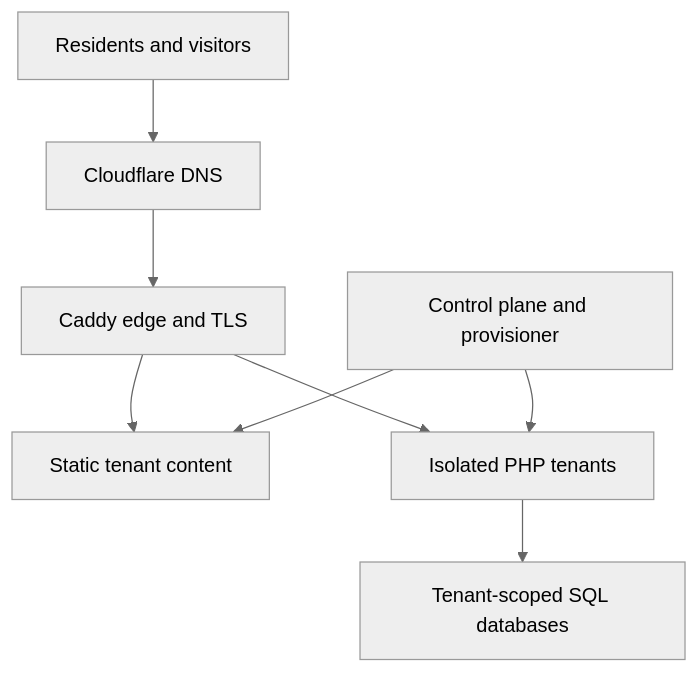
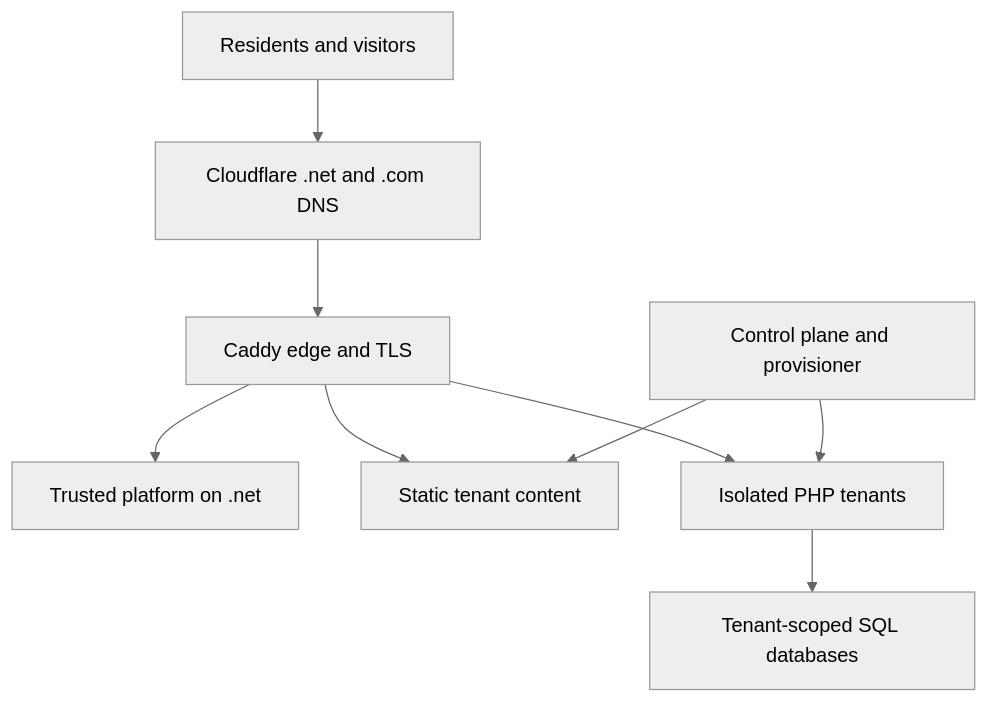
Before and after one commit to lowerduckpond-net/lowerduckpond.net: the first of 2 diagrams in docs/architecture.md, drawn with Mermaid (neutral theme). The commit also changed other lines of this file and 19 other files, not shown here.

````diff
--- a/docs/architecture.md
+++ b/docs/architecture.md
@@ -66,10 +67,11 @@
 ```mermaid
 flowchart TD
-    Internet["Residents and visitors"] --> CF["Cloudflare DNS"]
+    Internet["Residents and visitors"] --> CF["Cloudflare .net and .com DNS"]
     CF --> Caddy["Caddy edge and TLS"]
+    Caddy --> Platform["Trusted platform on .net"]
     Caddy --> Static["Static tenant content"]
     Caddy --> PHP["Isolated PHP tenants"]
     Control["Control plane and provisioner"] --> Static
     Control --> PHP
     PHP --> DB["Tenant-scoped SQL databases"]
 ```
````
